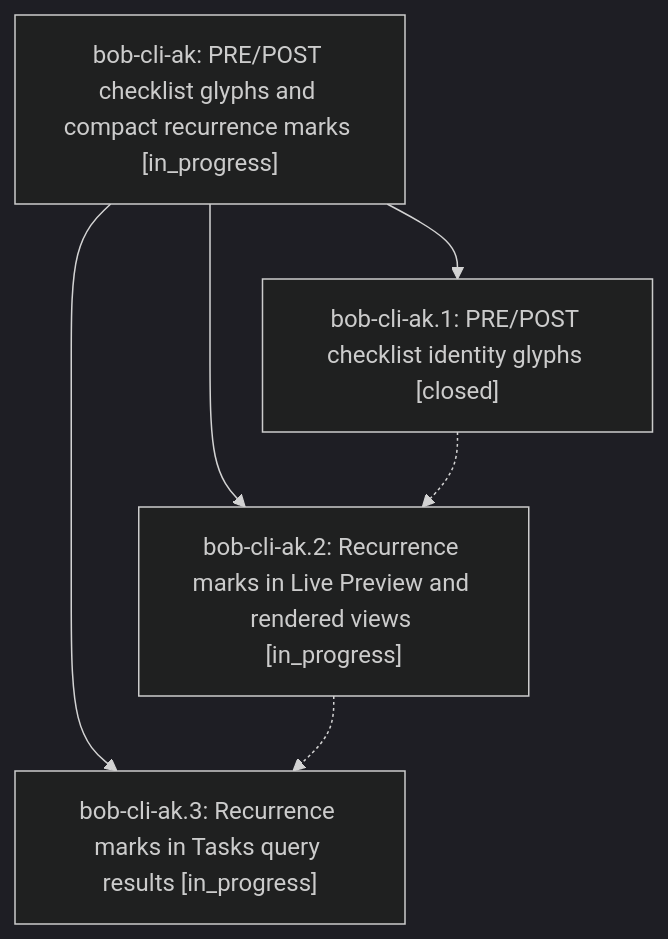
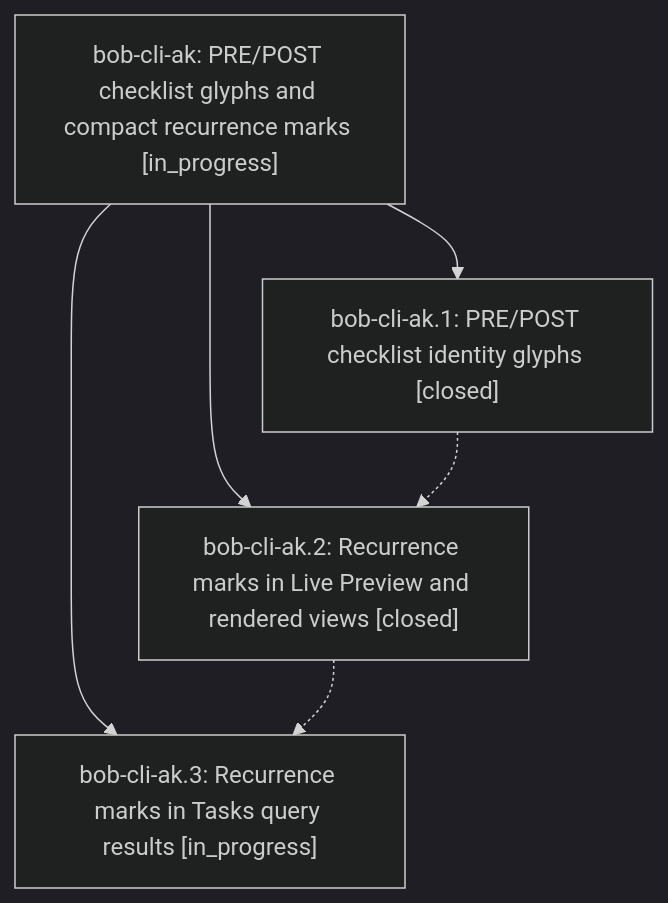
Before and after one commit to bobs-org/bob-cli--beads: the diagram in pages/bob-cli-ak/README.md, drawn with Mermaid (dark theme). The commit also changed other lines of this file and 3 other files, not shown here.

First line of the commit message:
chore(beads): sync bead state and pages for bob-cli-ak

````diff
--- a/pages/bob-cli-ak/README.md
+++ b/pages/bob-cli-ak/README.md
@@ -36,12 +38,12 @@
 ```mermaid
 flowchart TD
     n0["bob-cli-ak: PRE/POST checklist glyphs and compact recurrence marks [in_progress]"]
     n1["bob-cli-ak.1: PRE/POST checklist identity glyphs [closed]"]
-    n2["bob-cli-ak.2: Recurrence marks in Live Preview and rendered views [in_progress]"]
+    n2["bob-cli-ak.2: Recurrence marks in Live Preview and rendered views [closed]"]
     n3["bob-cli-ak.3: Recurrence marks in Tasks query results [in_progress]"]
     n0 --> n1
     n0 --> n2
     n0 --> n3
     n1 -.-> n2
     n2 -.-> n3
 ```
````
